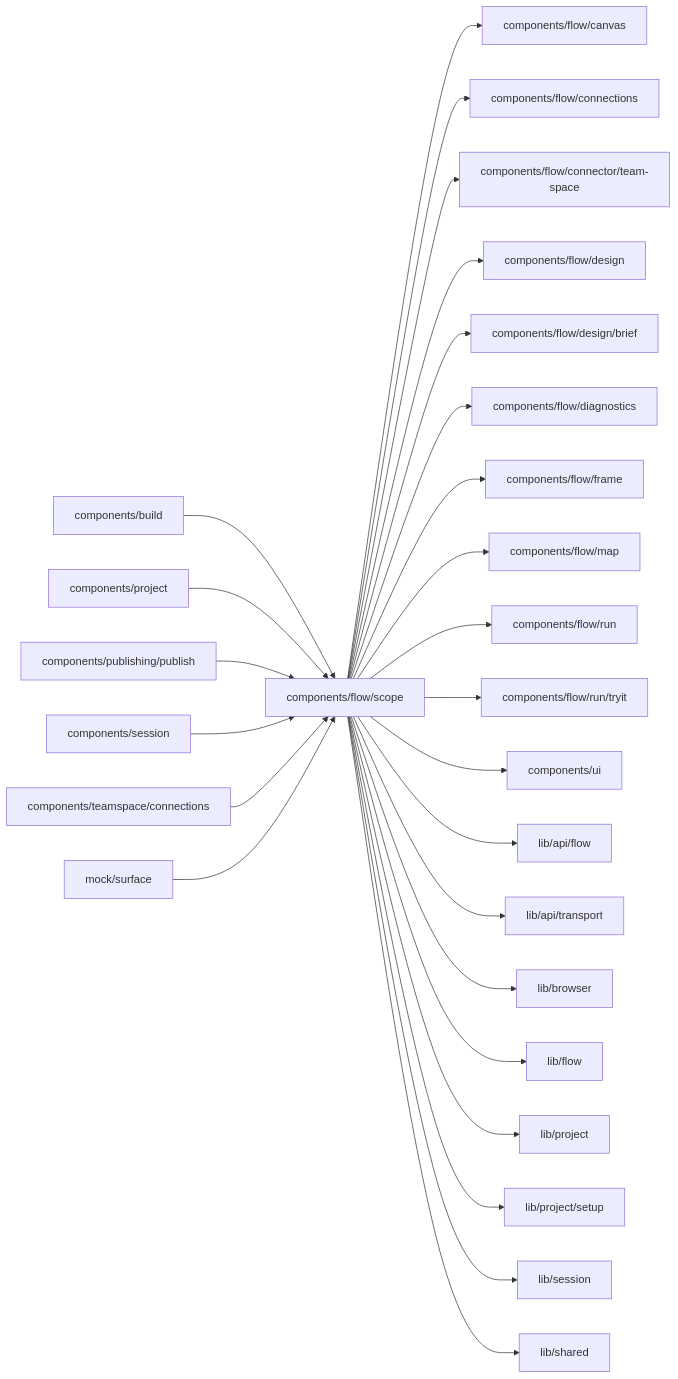
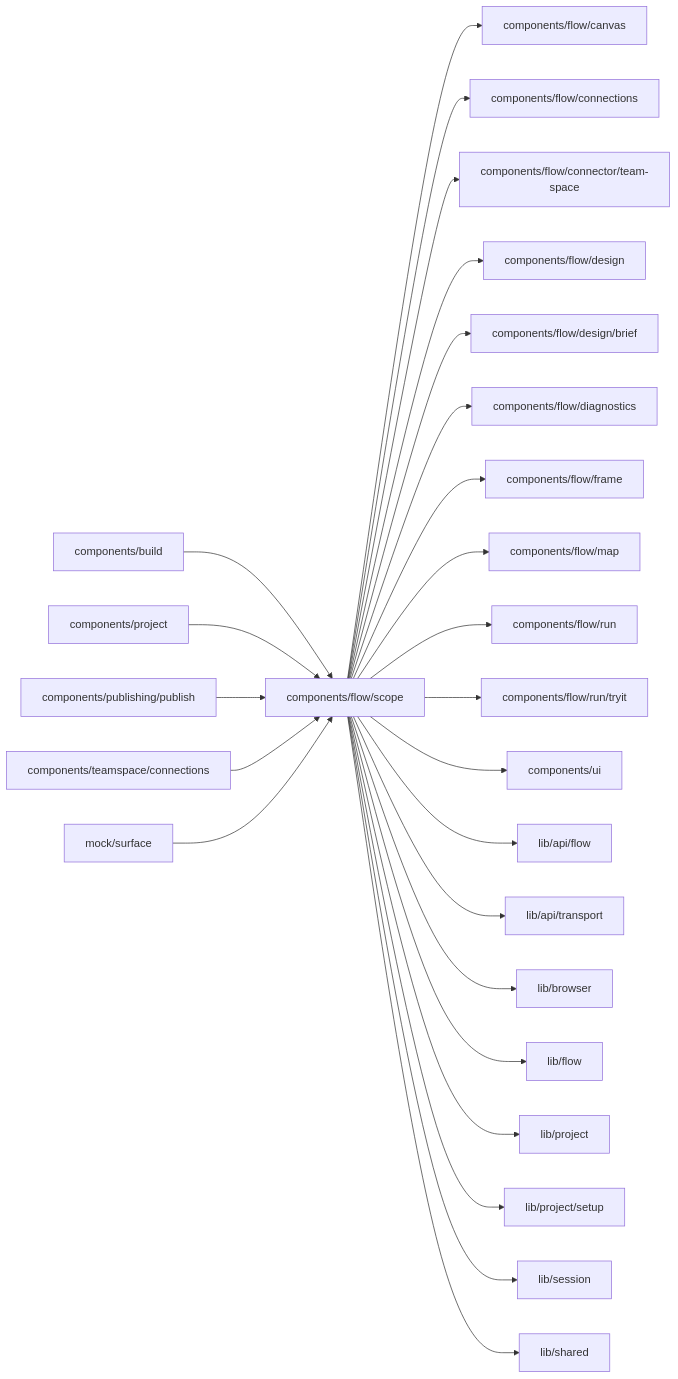
One commit to superdurable/superverse changed the diagram in web/studio/components/flow/scope/README.md. Above: the diagram before and after it, drawn with Mermaid. The commit also changed other lines of this file and 162 other files, not shown here.

````diff
--- a/web/studio/components/flow/scope/README.md
+++ b/web/studio/components/flow/scope/README.md
@@ -10,29 +10,28 @@
 ```mermaid
 flowchart LR
   self["components/flow/scope"]
   c0["components/build"] --> self
   c1["components/project"] --> self
   c2["components/publishing/publish"] --> self
-  c3["components/session"] --> self
-  c4["components/teamspace/connections"] --> self
-  c5["mock/surface"] --> self
+  c3["components/teamspace/connections"] --> self
+  c4["mock/surface"] --> self
   self --> d0["components/flow/canvas"]
   self --> d1["components/flow/connections"]
   self --> d2["components/flow/connector/team-space"]
   self --> d3["components/flow/design"]
   self --> d4["components/flow/design/brief"]
   self --> d5["components/flow/diagnostics"]
   self --> d6["components/flow/frame"]
   self --> d7["components/flow/map"]
   self --> d8["components/flow/run"]
   self --> d9["components/flow/run/tryit"]
   self --> d10["components/ui"]
   self --> d11["lib/api/flow"]
   self --> d12["lib/api/transport"]
   self --> d13["lib/browser"]
   self --> d14["lib/flow"]
   self --> d15["lib/project"]
   self --> d16["lib/project/setup"]
   self --> d17["lib/session"]
   self --> d18["lib/shared"]
 ```
````
